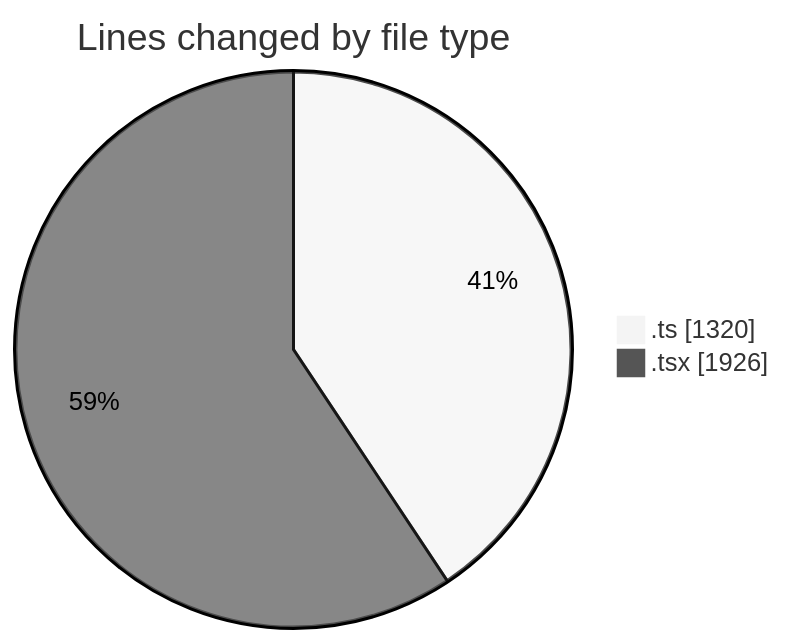
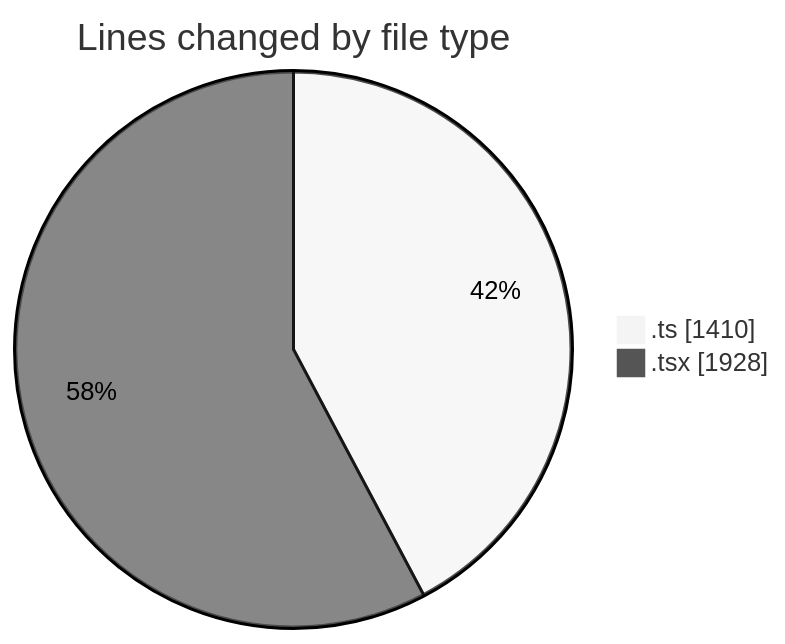
Before and after one commit to momahboobian/code-tracking: the first of 2 diagrams in 2025-07-01/cda/README.md, drawn with Mermaid (neutral theme). The commit also changed other lines of this file and 1 other file, not shown here.

````diff
--- a/2025-07-01/cda/README.md
+++ b/2025-07-01/cda/README.md
@@ -29,6 +30,6 @@
 ```mermaid
 pie showData
 title Lines changed by file type
-".ts" : 1320
-".tsx" : 1926
+".ts" : 1410
+".tsx" : 1928
 ```
````
